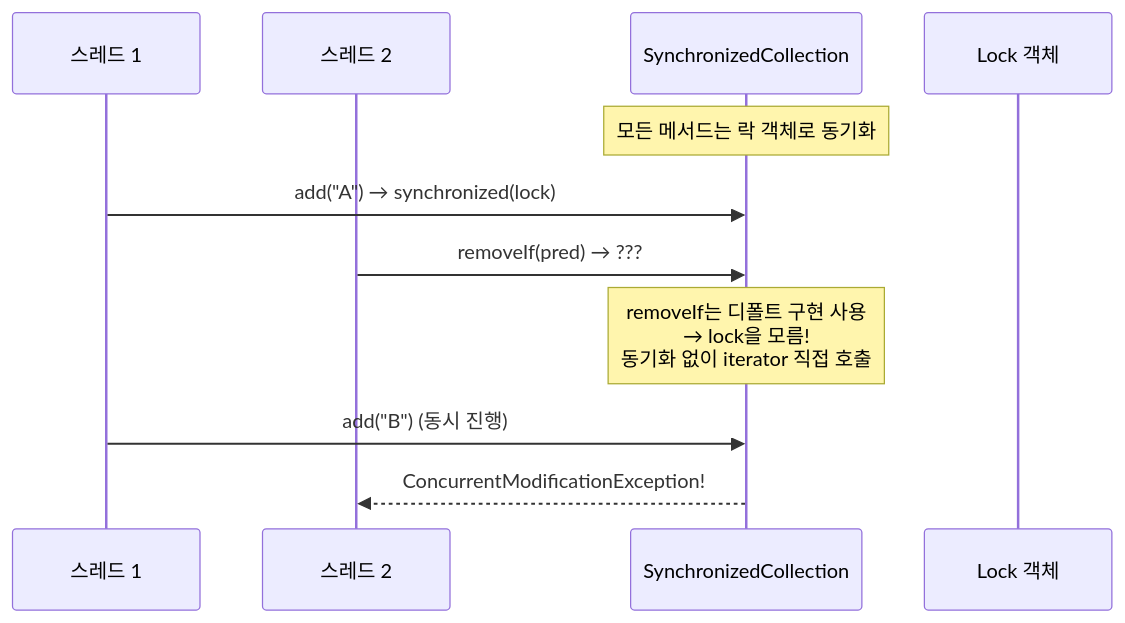
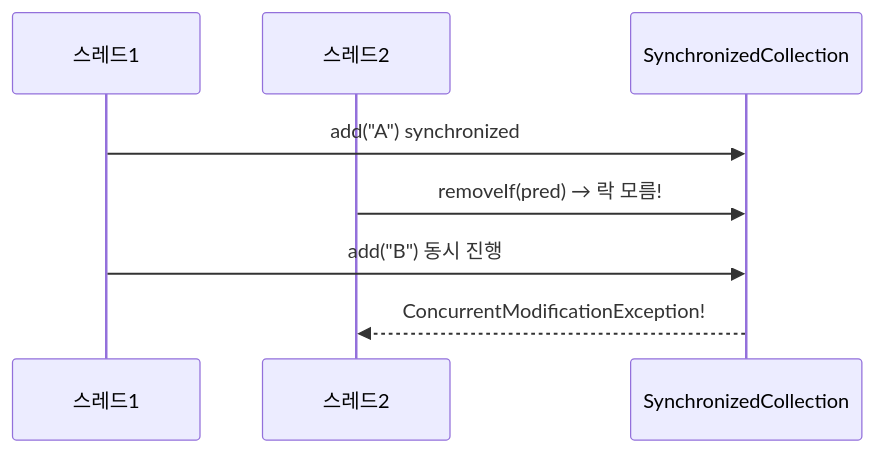
Before and after one commit to yjkim2015/yjkim2015.github.io: the second of 4 diagrams in _posts/java/2022-01-04-effective-java21.md, drawn with Mermaid. The commit also changed 155 other files, not shown here.

First line of the commit message:
Mermaid 전면 수정: subgraph 제거, participant/노드/줄수 축소 (342블록)

````diff
--- a/_posts/java/2022-01-04-effective-java21.md
+++ b/_posts/java/2022-01-04-effective-java21.md
@@ -56,13 +56,10 @@
 ```mermaid
 sequenceDiagram
-    participant Thread1 as 스레드 1
-    participant Thread2 as 스레드 2
+    participant T1 as 스레드1
+    participant T2 as 스레드2
     participant SC as SynchronizedCollection
-    participant Lock as Lock 객체
-    Note over SC: 모든 메서드는 락 객체로 동기화
-    Thread1->>SC: add("A") → synchronized(lock)
-    Thread2->>SC: removeIf(pred) → ???
-    Note over SC: removeIf는 디폴트 구현 사용<br/>→ lock을 모름!<br/>동기화 없이 iterator 직접 호출
-    Thread1->>SC: add("B") (동시 진행)
-    SC-->>Thread2: ConcurrentModificationException!
+    T1->>SC: add("A") synchronized
+    T2->>SC: removeIf(pred) → 락 모름!
+    T1->>SC: add("B") 동시 진행
+    SC-->>T2: ConcurrentModificationException!
 ```
````
